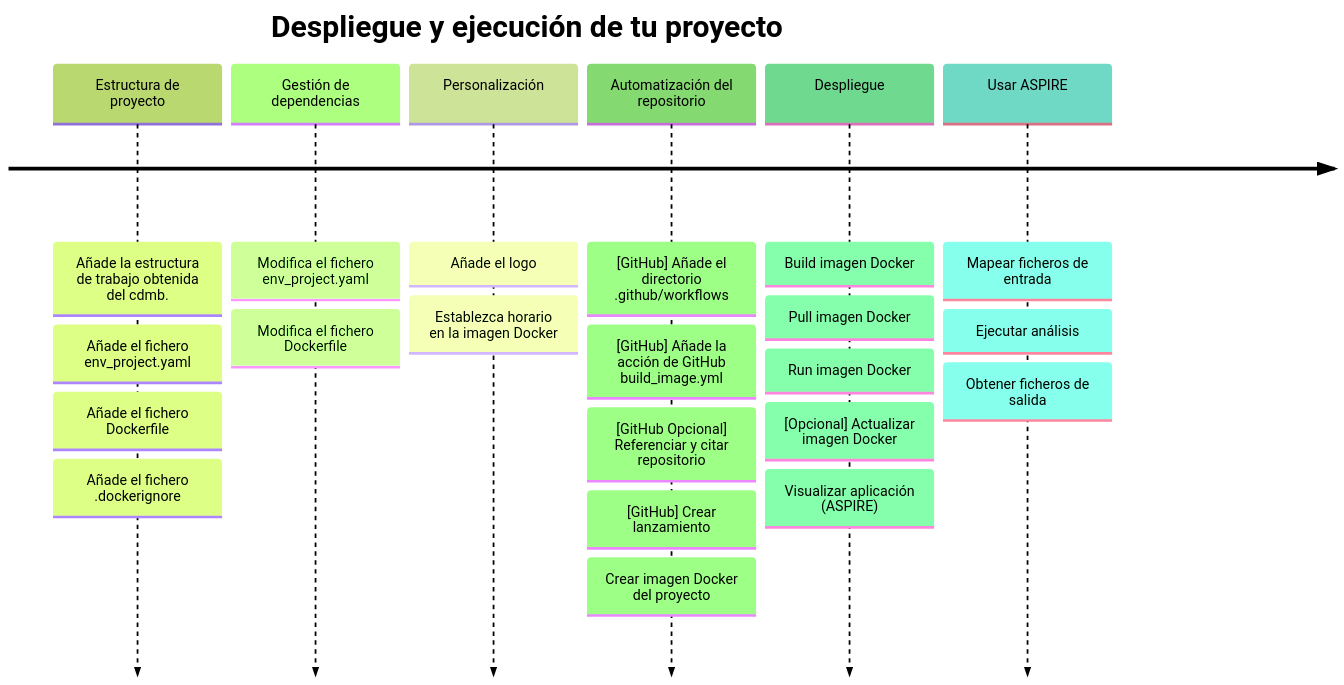
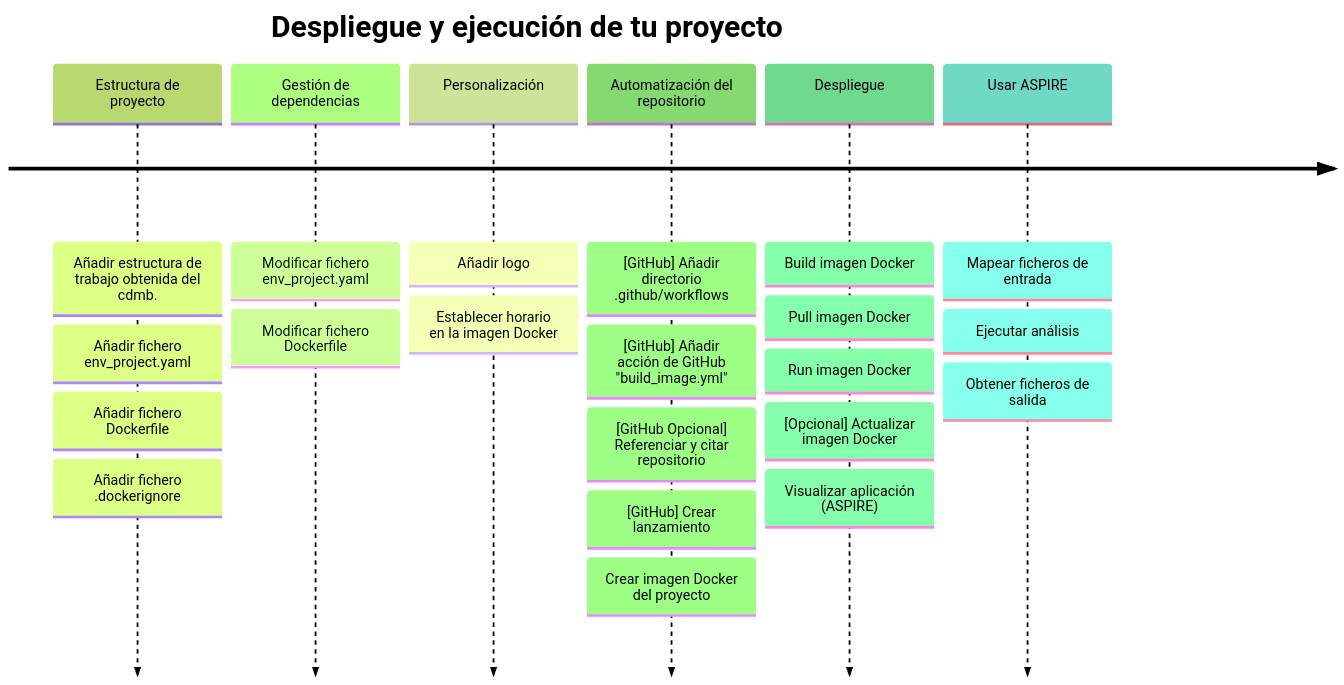
The third of 3 diagrams in README.md (cienciadedatosysalud/manual_aspire), drawn with Mermaid (forest theme) before and after one commit. The commit also changed other lines of this file, not shown here.

````diff
--- a/README.md
+++ b/README.md
@@ -77,25 +77,25 @@
 ```mermaid
  timeline
     title Despliegue y ejecución de tu proyecto
-    Estructura de proyecto : Añade la estructura de trabajo obtenida del cdmb.
-                           : Añade el fichero env_project.yaml
-                           : Añade el fichero Dockerfile
-                           : Añade el fichero .dockerignore
-    Gestión de dependencias : Modifica el fichero env_project.yaml
-                            : Modifica el fichero Dockerfile
-    Personalización : Añade el logo
-                    : Establezca horario en la imagen Docker
-    Automatización del repositorio : [GitHub] Añade el directorio .github/workflows
-                                   : [GitHub] Añade la acción de GitHub build_image.yml
+    Estructura de proyecto : Añadir estructura de trabajo obtenida del cdmb.
+                           : Añadir fichero env_project.yaml
+                           : Añadir fichero Dockerfile
+                           : Añadir fichero .dockerignore
+    Gestión de dependencias : Modificar fichero env_project.yaml
+                            : Modificar fichero Dockerfile
+    Personalización : Añadir logo
+                    : Establecer horario en la imagen Docker
+    Automatización del repositorio : [GitHub] Añadir directorio .github/workflows
+                                   : [GitHub] Añadir acción de GitHub "build_image.yml"
                                    : [GitHub Opcional] Referenciar y citar repositorio
                                    : [GitHub] Crear lanzamiento
                                    : Crear imagen Docker del proyecto
     Despliegue : Build imagen Docker
                : Pull imagen Docker
                : Run imagen Docker
                : [Opcional] Actualizar imagen Docker
                : Visualizar aplicación (ASPIRE)
     Usar ASPIRE : Mapear ficheros de entrada
                 : Ejecutar análisis
                 : Obtener ficheros de salida
 ```
````
